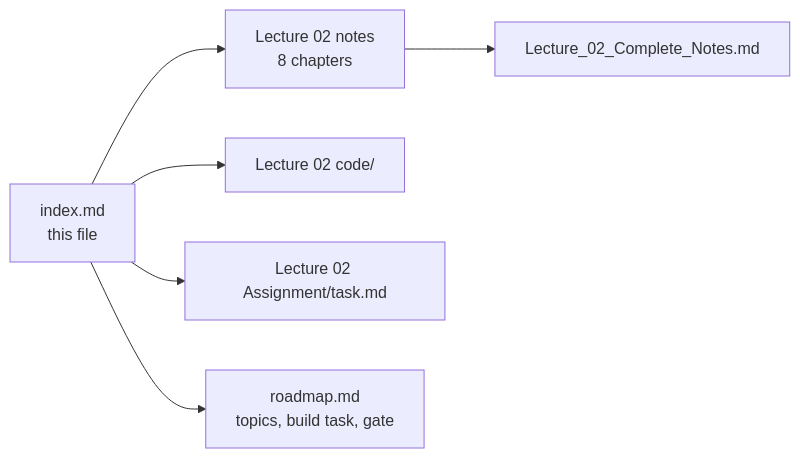
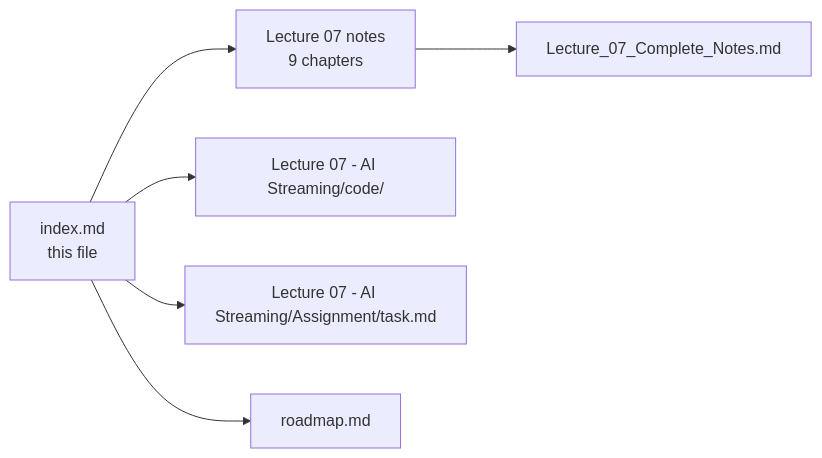
The seventh of 24 diagrams in index.md (Amie-dev/FDE-and-GenAI-Mastery), drawn with Mermaid before and after one commit. The commit also changed other lines of this file, not shown here.

Commit message:
Implement code changes to enhance functionality and improve performance

````diff
--- a/index.md
+++ b/index.md
@@ -263,8 +319,8 @@
 ```mermaid
 flowchart LR
-    IDX["index.md<br/>this file"] --> L2["Lecture 02 notes<br/>8 chapters"]
-    L2 --> CN["Lecture_02_Complete_Notes.md"]
-    IDX --> CODE["Lecture 02 code/"]
-    IDX --> ASG["Lecture 02 Assignment/task.md"]
-    IDX --> RM["roadmap.md<br/>topics, build task, gate"]
+    IDX["index.md<br/>this file"] --> L07["Lecture 07 notes<br/>9 chapters"]
+    L07 --> CN["Lecture_07_Complete_Notes.md"]
+    IDX --> CODE["Lecture 07 - AI Streaming/code/"]
+    IDX --> ASG["Lecture 07 - AI Streaming/Assignment/task.md"]
+    IDX --> RM["roadmap.md"]
 ```
````
